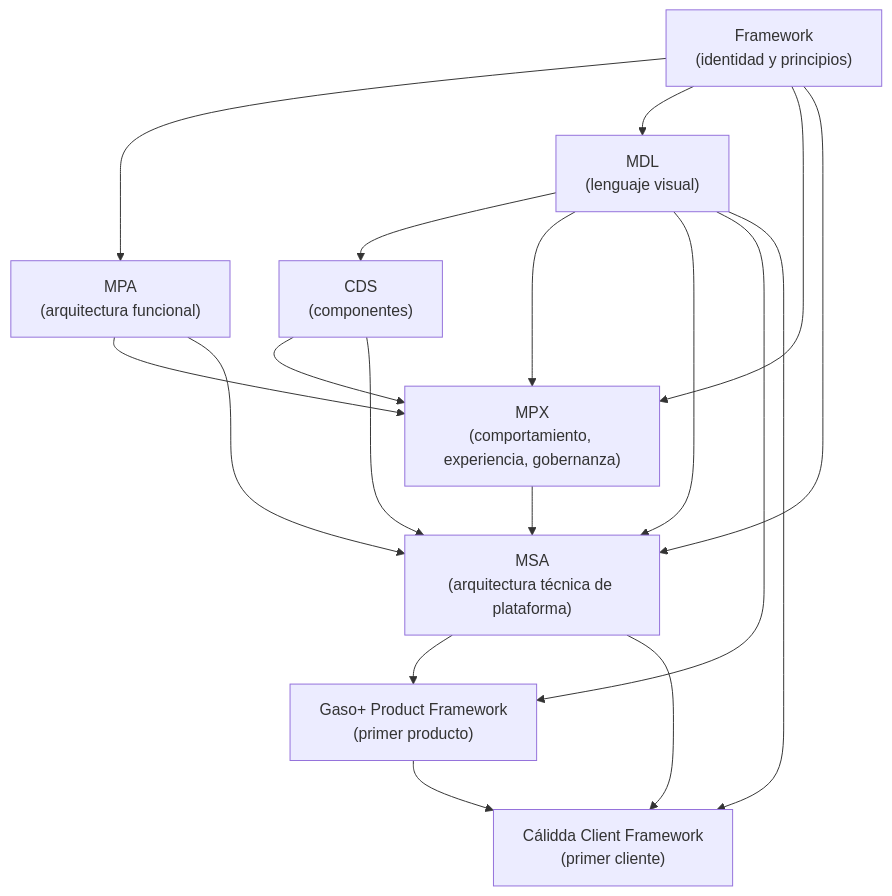
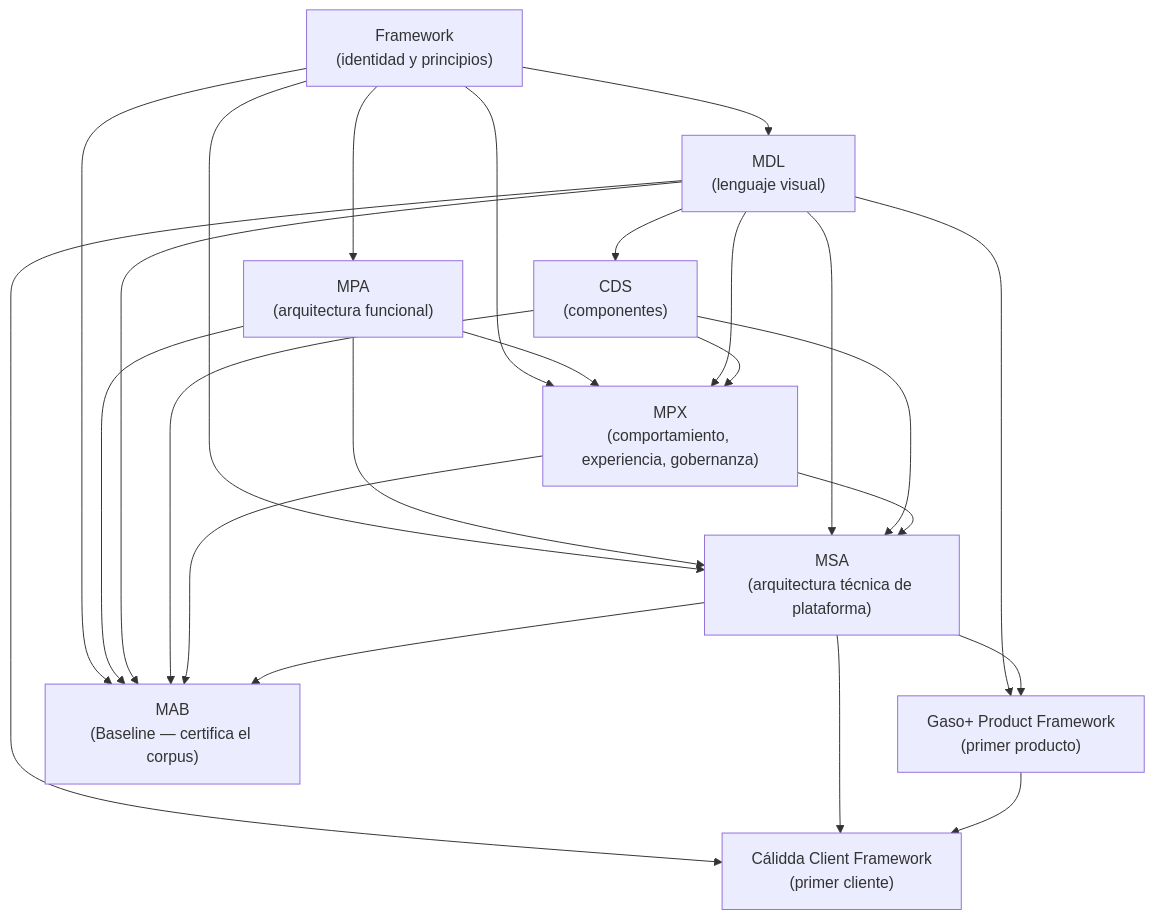
The diagram in DOCUMENTATION_INDEX.md (millonesjesus-afk/whatsapp-agentkit), drawn with Mermaid before and after one commit. The commit also changed other lines of this file and 1 other file, not shown here.

First line of the commit message:
Agregar MAIEK_AI_ARCHITECTURE_BASELINE_V1.md — cierre oficial de la fase de definición

````diff
--- a/DOCUMENTATION_INDEX.md
+++ b/DOCUMENTATION_INDEX.md
@@ -135,29 +146,36 @@
 ```mermaid
 flowchart TB
     FW["Framework<br/>(identidad y principios)"]
     MPA["MPA<br/>(arquitectura funcional)"]
     MDL["MDL<br/>(lenguaje visual)"]
     CDS["CDS<br/>(componentes)"]
     MPX["MPX<br/>(comportamiento, experiencia, gobernanza)"]
     MSA["MSA<br/>(arquitectura técnica de plataforma)"]
     GPF["Gaso+ Product Framework<br/>(primer producto)"]
     CCF["Cálidda Client Framework<br/>(primer cliente)"]
+    MAB["MAB<br/>(Baseline — certifica el corpus)"]
 
     FW --> MPA
     FW --> MDL
     FW --> MPX
     FW --> MSA
     MPA --> MPX
     MPA --> MSA
     MDL --> CDS
     MDL --> MPX
     MDL --> MSA
     MDL --> GPF
     MDL --> CCF
+    FW --> MAB
+    MPA --> MAB
+    MDL --> MAB
+    CDS --> MAB
+    MPX --> MAB
+    MSA --> MAB
     CDS --> MPX
     CDS --> MSA
     MPX --> MSA
     MSA --> GPF
     MSA --> CCF
     GPF --> CCF
 ```
````
